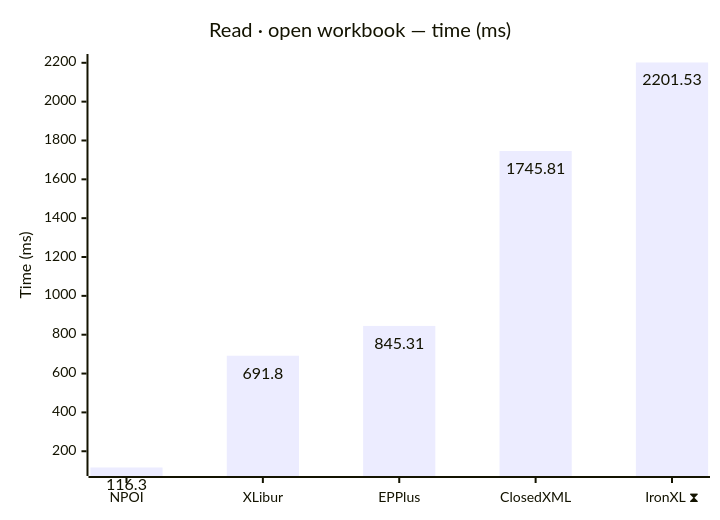
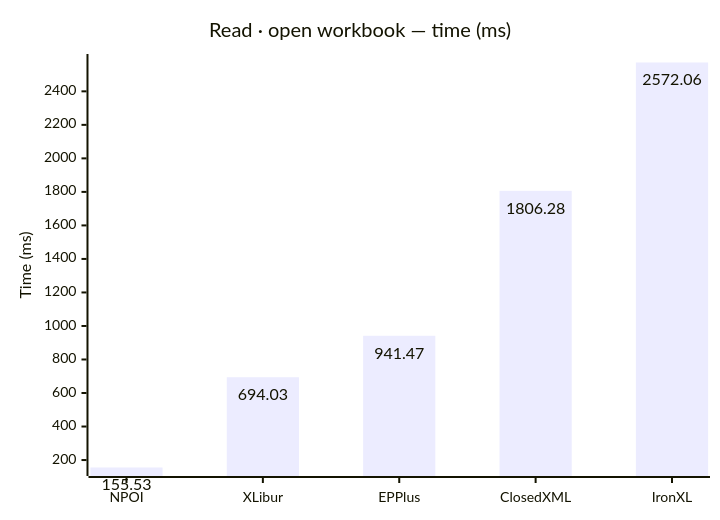
The first of 12 diagrams in docs/results.md (jafin/XLBench), drawn with Mermaid before and after one commit. The commit also changed other lines of this file and 2 other files, not shown here.

````diff
--- a/docs/results.md
+++ b/docs/results.md
@@ -39,12 +35,12 @@
 ```mermaid
 ---
 config:
   xyChart:
     showDataLabel: true
 ---
 xychart-beta
     title "Read · open workbook — time (ms)"
-    x-axis ["NPOI", "XLibur", "EPPlus", "ClosedXML", "IronXL ⧗"]
+    x-axis ["NPOI", "XLibur", "EPPlus", "ClosedXML", "IronXL"]
     y-axis "Time (ms)"
-    bar [116.3, 691.8, 845.31, 1745.81, 2201.53]
+    bar [155.53, 694.03, 941.47, 1806.28, 2572.06]
 ```
````
